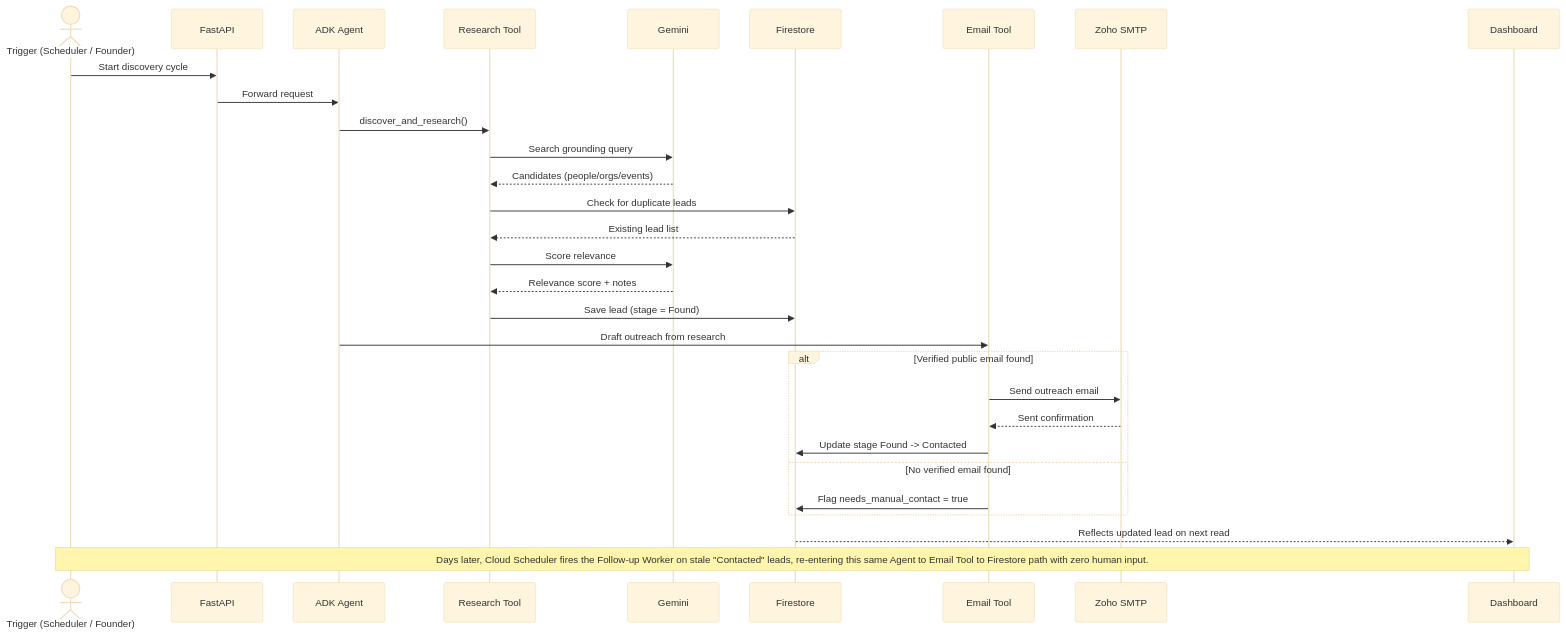
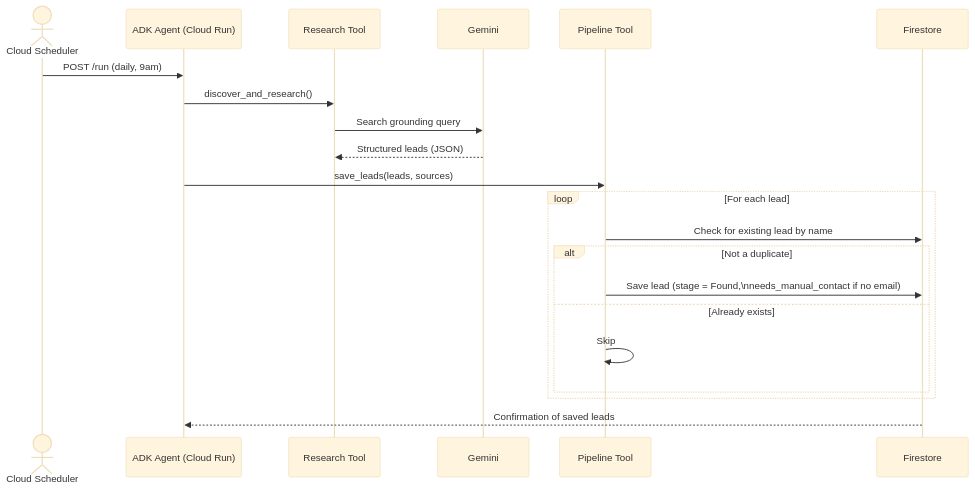
One commit to ConvoSatya/convosatya-lead-agent changed the second of 2 diagrams in ARCHITECTURE.md. Above: the diagram before and after it, drawn with Mermaid (base theme). The commit also changed other lines of this file and 1 other file, not shown here.

````diff
--- a/ARCHITECTURE.md
+++ b/ARCHITECTURE.md
@@ -99,36 +48,26 @@
 ```mermaid
 sequenceDiagram
-    actor Trigger as Trigger (Scheduler / Founder)
-    participant API as FastAPI
-    participant Agent as ADK Agent
+    actor Scheduler as Cloud Scheduler
+    participant Agent as ADK Agent (Cloud Run)
     participant RT as Research Tool
     participant Gemini
+    participant PT as Pipeline Tool
     participant DB as Firestore
-    participant ET as Email Tool
-    participant Zoho as Zoho SMTP
-    participant Dash as Dashboard
 
-    Trigger->>API: Start discovery cycle
-    API->>Agent: Forward request
+    Scheduler->>Agent: POST /run (daily, 9am)
     Agent->>RT: discover_and_research()
     RT->>Gemini: Search grounding query
-    Gemini-->>RT: Candidates (people/orgs/events)
-    RT->>DB: Check for duplicate leads
-    DB-->>RT: Existing lead list
-    RT->>Gemini: Score relevance
-    Gemini-->>RT: Relevance score + notes
-    RT->>DB: Save lead (stage = Found)
-    Agent->>ET: Draft outreach from research
+    Gemini-->>RT: Structured leads (JSON)
+    Agent->>PT: save_leads(leads, sources)
 
-    alt Verified public email found
-        ET->>Zoho: Send outreach email
-        Zoho-->>ET: Sent confirmation
-        ET->>DB: Update stage Found -> Contacted
-    else No verified email found
-        ET->>DB: Flag needs_manual_contact = true
+    loop For each lead
+        PT->>DB: Check for existing lead by name
+        alt Not a duplicate
+            PT->>DB: Save lead (stage = Found,\nneeds_manual_contact if no email)
+        else Already exists
+            PT->>PT: Skip
+        end
     end
 
-    DB-->>Dash: Reflects updated lead on next read
-
-    note over Trigger,Dash: Days later, Cloud Scheduler fires the Follow-up Worker on stale "Contacted" leads, re-entering this same Agent to Email Tool to Firestore path with zero human input.
+    DB-->>Agent: Confirmation of saved leads
 ```
````
